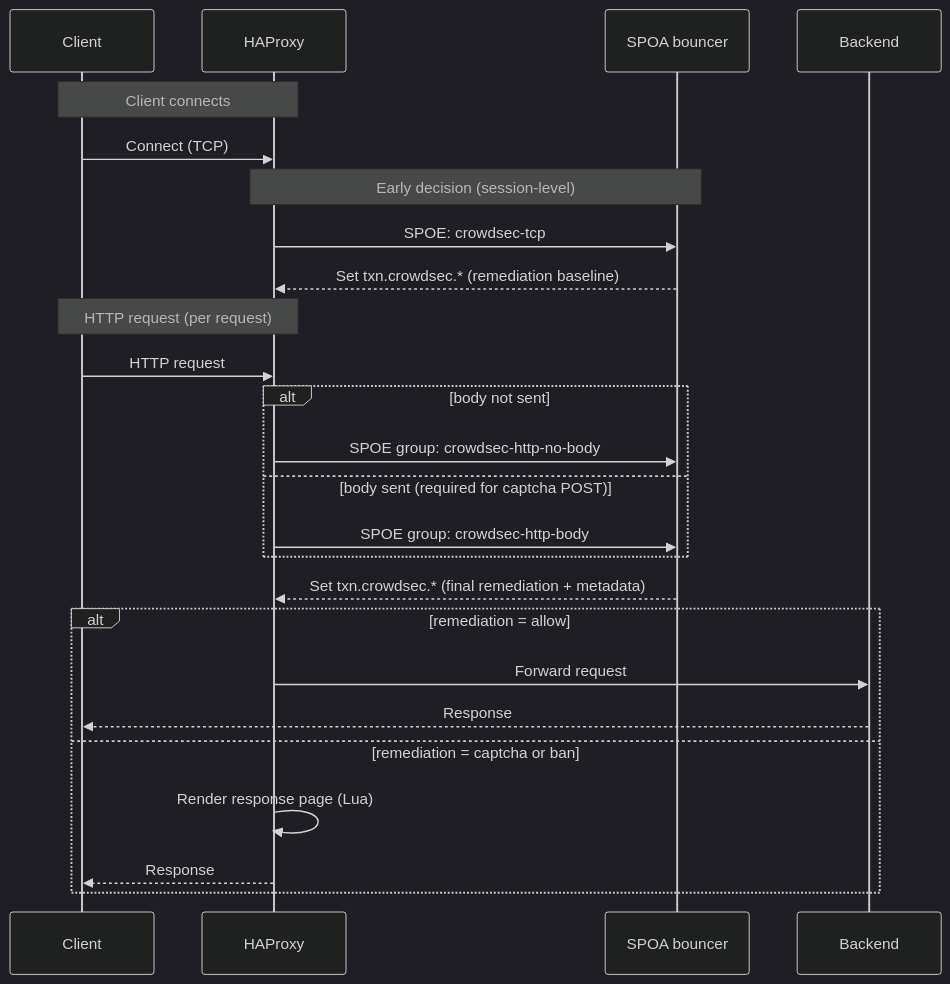
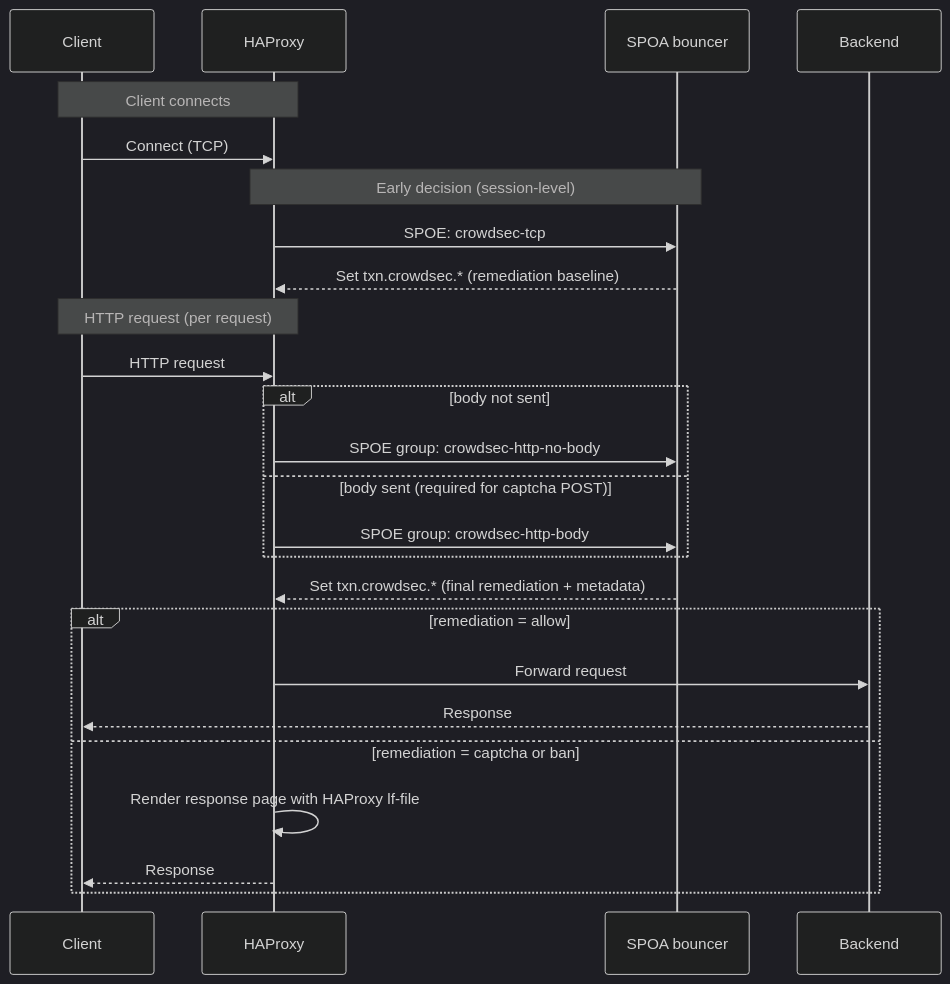
Before and after one commit to crowdsecurity/cs-haproxy-spoa-bouncer: the diagram in README.md, drawn with Mermaid (dark theme). The commit also changed other lines of this file and 12 other files, not shown here.

First line of the commit message:
Feature/no lua haproxy rendering (#164)

````diff
--- a/README.md
+++ b/README.md
@@ -35,31 +35,31 @@
 ```mermaid
 sequenceDiagram
     participant Client
     participant HAProxy
     participant SPOA as SPOA bouncer
     participant Backend
 
     Note over Client,HAProxy: Client connects
     Client->>HAProxy: Connect (TCP)
 
     Note over HAProxy,SPOA: Early decision (session-level)
     HAProxy->>SPOA: SPOE: crowdsec-tcp
     SPOA-->>HAProxy: Set txn.crowdsec.* (remediation baseline)
 
     Note over Client,HAProxy: HTTP request (per request)
     Client->>HAProxy: HTTP request
     alt body not sent
         HAProxy->>SPOA: SPOE group: crowdsec-http-no-body
     else body sent (required for captcha POST)
         HAProxy->>SPOA: SPOE group: crowdsec-http-body
     end
     SPOA-->>HAProxy: Set txn.crowdsec.* (final remediation + metadata)
 
     alt remediation = allow
         HAProxy->>Backend: Forward request
         Backend-->>Client: Response
     else remediation = captcha or ban
-        HAProxy->>HAProxy: Render response page (Lua)
+        HAProxy->>HAProxy: Render response page with HAProxy lf-file
         HAProxy-->>Client: Response
     end
 ```
````
